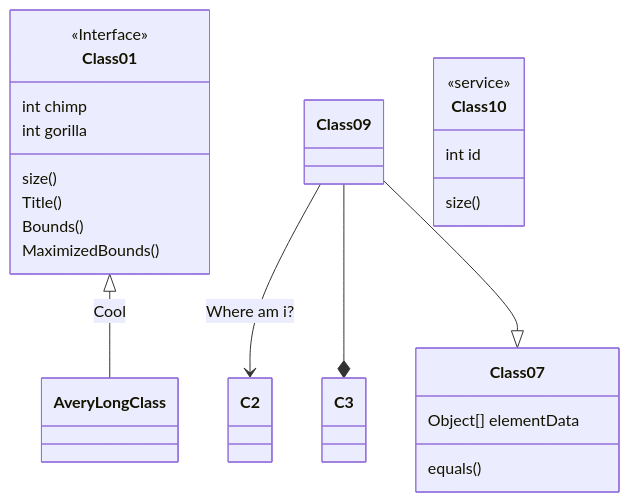
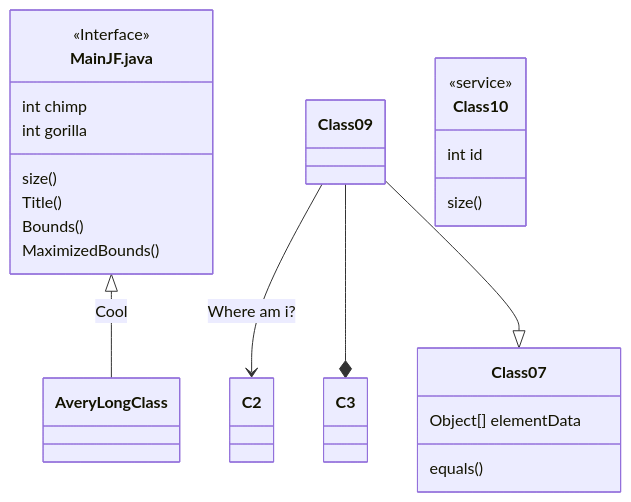
One commit to kawin101/Java_GUI_CRUD_CSV changed the third of 3 diagrams in README.md. Above: the diagram before and after it, drawn with Mermaid.

````diff
--- a/README.md
+++ b/README.md
@@ -33,21 +33,21 @@
 ```mermaid
 classDiagram
-Class01 <|-- AveryLongClass : Cool
-<<Interface>> Class01
+MainJF.java <|-- AveryLongClass : Cool
+<<Interface>> MainJF.java
 Class09 --> C2 : Where am i?
 Class09 --* C3
 Class09 --|> Class07
 Class07 : equals()
 Class07 : Object[] elementData
-Class01 : size()
-Class01 : Title()
-Class01 : Bounds()
-Class01 : MaximizedBounds()
-Class01 : int chimp
-Class01 : int gorilla
+MainJF.java : size()
+MainJF.java : Title()
+MainJF.java : Bounds()
+MainJF.java: MaximizedBounds()
+MainJF.java : int chimp
+MainJF.java : int gorilla
 class Class10 {
   <<service>>
   int id
   size()
 }
 ```
````
